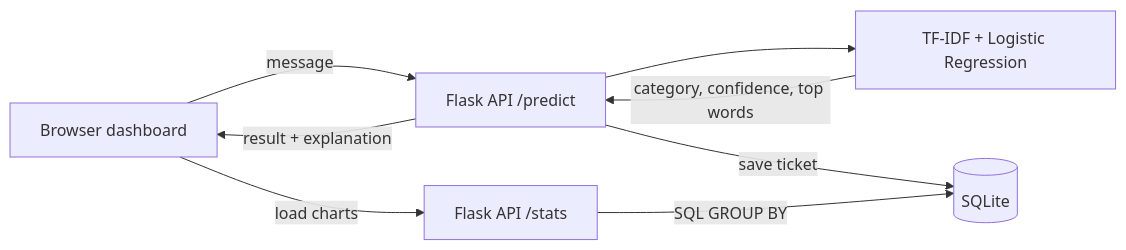
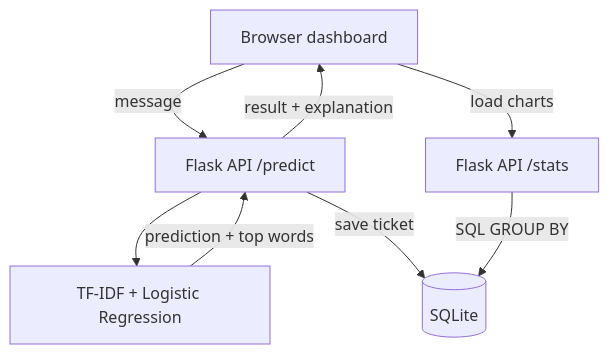
One commit to nihaltiwari01/support-ticket-classifier changed the diagram in README.md. Above: the diagram before and after it, drawn with Mermaid.

Commit message:
Update flowchart in README for prediction output

````diff
--- a/README.md
+++ b/README.md
@@ -81,10 +81,10 @@
 ```mermaid
-flowchart LR
+flowchart TD
     A[Browser dashboard] -->|message| B[Flask API /predict]
     B --> C[TF-IDF + Logistic Regression]
-    C -->|category, confidence, top words| B
+    C -->|prediction + top words| B
     B -->|save ticket| D[(SQLite)]
     B -->|result + explanation| A
     A -->|load charts| E[Flask API /stats]
     E -->|SQL GROUP BY| D
 ```
````
